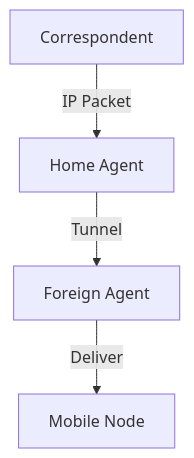
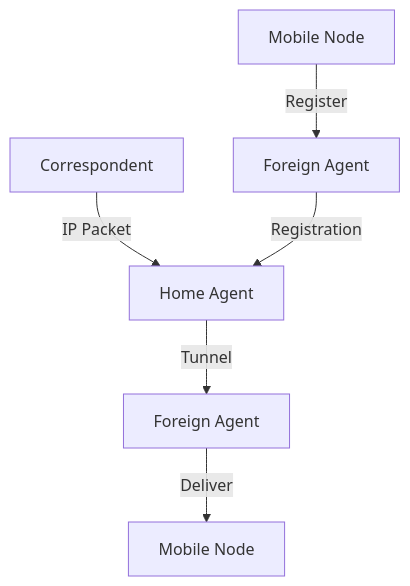
Before and after one commit to Attash2312/cntheory: the diagram in ch7/7.6_Mobile_IP.md, drawn with Mermaid. The commit also changed other lines of this file and 79 other files, not shown here.

````diff
--- a/ch7/7.6_Mobile_IP.md
+++ b/ch7/7.6_Mobile_IP.md
@@ -16,6 +48,8 @@
 ```mermaid
 graph TD
   A[Correspondent] -- IP Packet --> B[Home Agent]
   B -- Tunnel --> C[Foreign Agent]
   C -- Deliver --> D[Mobile Node]
+  E[Mobile Node] -- Register --> F[Foreign Agent]
+  F -- Registration --> B
 ```
````
